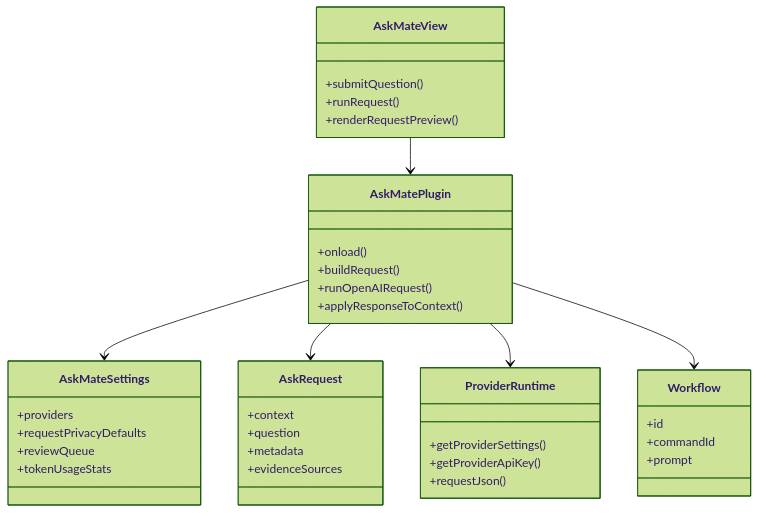
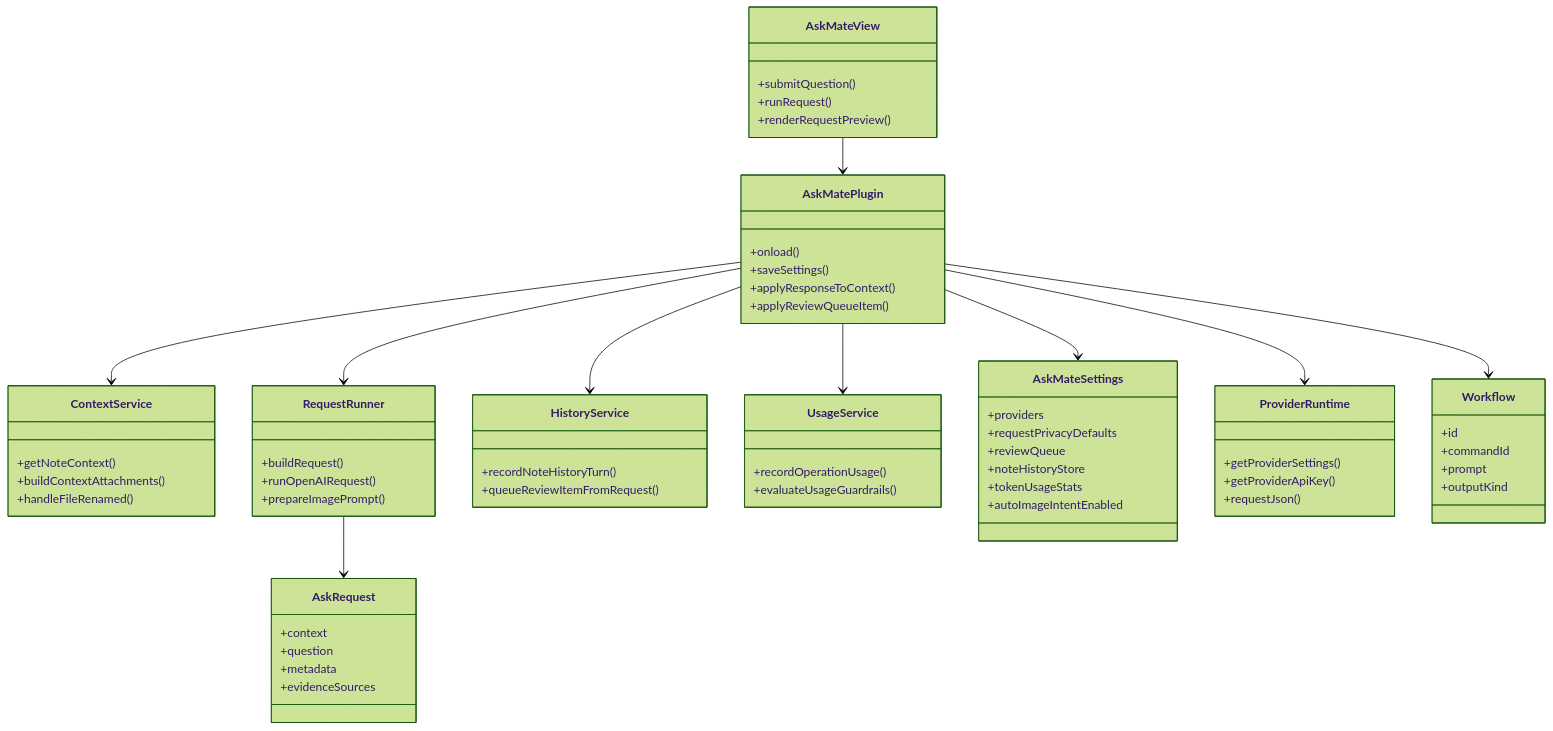
One commit to CodeWithBehnam/askmate changed the diagram in DigVis/10-glossary.md. Above: the diagram before and after it, drawn with Mermaid (forest theme). The commit also changed other lines of this file and 88 other files, not shown here.

````diff
--- a/DigVis/10-glossary.md
+++ b/DigVis/10-glossary.md
@@ -9,42 +9,67 @@
 ```mermaid
 classDiagram
   class AskMatePlugin {
     +onload()
+    +saveSettings()
+    +applyResponseToContext()
+    +applyReviewQueueItem()
+  }
+  class ContextService {
+    +getNoteContext()
+    +buildContextAttachments()
+    +handleFileRenamed()
+  }
+  class RequestRunner {
     +buildRequest()
     +runOpenAIRequest()
-    +applyResponseToContext()
+    +prepareImagePrompt()
+  }
+  class HistoryService {
+    +recordNoteHistoryTurn()
+    +queueReviewItemFromRequest()
+  }
+  class UsageService {
+    +recordOperationUsage()
+    +evaluateUsageGuardrails()
   }
   class AskMateView {
     +submitQuestion()
     +runRequest()
     +renderRequestPreview()
   }
   class AskMateSettings {
     +providers
     +requestPrivacyDefaults
     +reviewQueue
+    +noteHistoryStore
     +tokenUsageStats
+    +autoImageIntentEnabled
   }
   class AskRequest {
     +context
     +question
     +metadata
     +evidenceSources
   }
   class ProviderRuntime {
     +getProviderSettings()
     +getProviderApiKey()
     +requestJson()
   }
   class Workflow {
     +id
     +commandId
     +prompt
+    +outputKind
   }
 
   AskMateView --> AskMatePlugin
   AskMatePlugin --> AskMateSettings
-  AskMatePlugin --> AskRequest
+  AskMatePlugin --> ContextService
+  AskMatePlugin --> RequestRunner
+  AskMatePlugin --> HistoryService
+  AskMatePlugin --> UsageService
+  RequestRunner --> AskRequest
   AskMatePlugin --> ProviderRuntime
   AskMatePlugin --> Workflow
 ```
````
